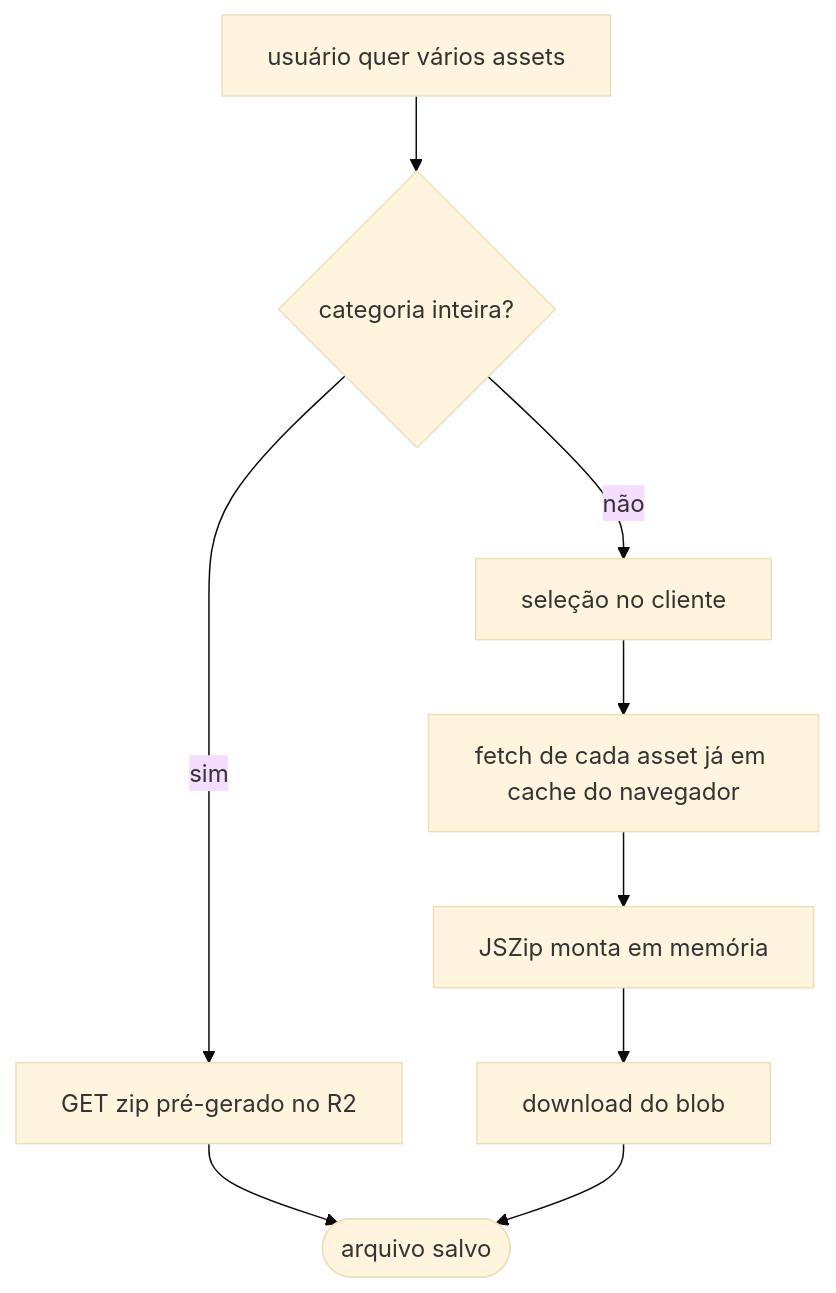
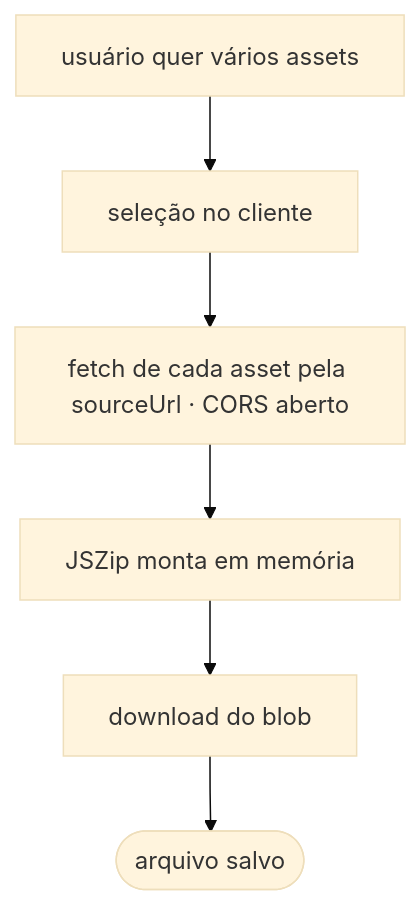
The fourth of 4 diagrams in docs/SPEC.md (NihonCodingg/PROJETO-ASSETS-LOL), drawn with Mermaid (base theme) before and after one commit. The commit also changed other lines of this file and 7 other files, not shown here.

````diff
--- a/docs/SPEC.md
+++ b/docs/SPEC.md
@@ -243,11 +252,8 @@
 ```mermaid
 flowchart TD
-    A[usuário quer vários assets] --> B{categoria inteira?}
-    B -->|sim| C[GET zip pré-gerado no R2]
-    B -->|não| D[seleção no cliente]
-    D --> E[fetch de cada asset já em cache do navegador]
+    A[usuário quer vários assets] --> D[seleção no cliente]
+    D --> E[fetch de cada asset pela sourceUrl · CORS aberto]
     E --> F[JSZip monta em memória]
     F --> G[download do blob]
-    C --> H([arquivo salvo])
-    G --> H
+    G --> H([arquivo salvo])
 ```
````
